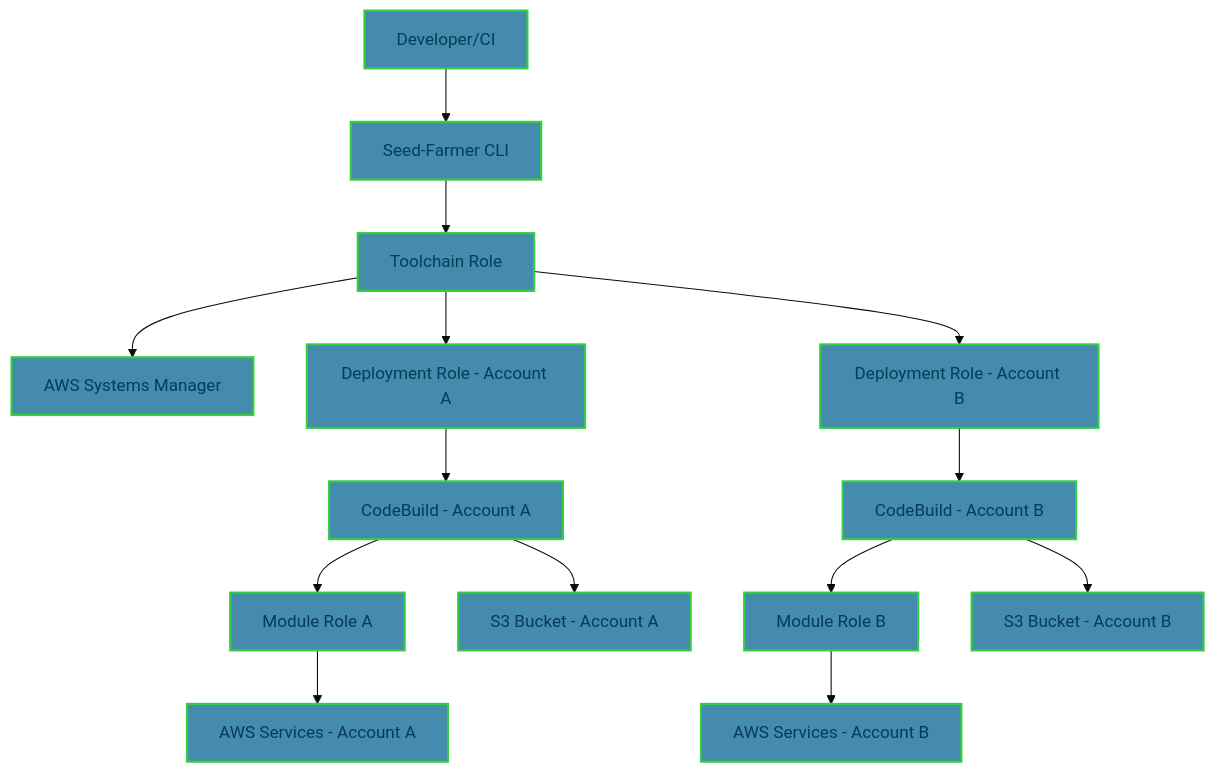
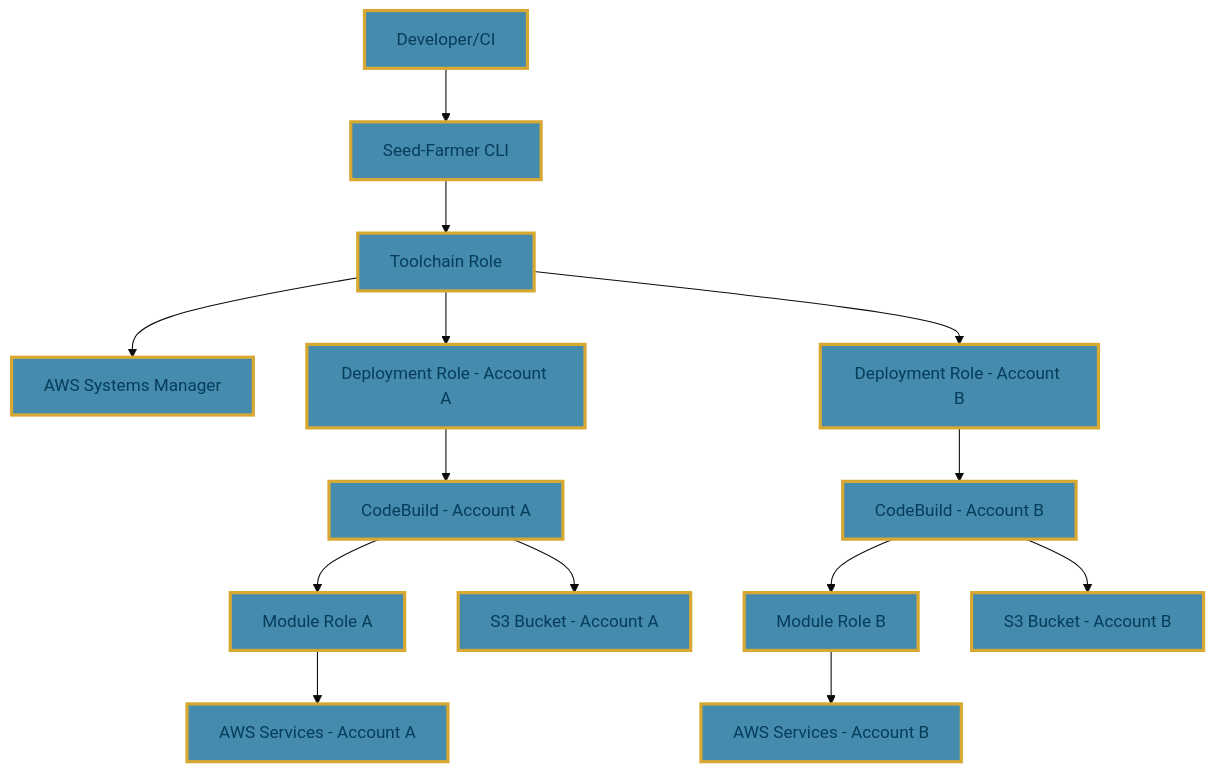
Before and after one commit to dgraeber/seed-farmer: the first of 3 diagrams in docs_v2/docs/concepts/architecture.md, drawn with Mermaid (base theme). The commit also changed other lines of this file, not shown here.

````diff
--- a/docs_v2/docs/concepts/architecture.md
+++ b/docs_v2/docs/concepts/architecture.md
@@ -19,27 +19,27 @@
 ```mermaid
 graph TB
     User[Developer/CI] --> CLI[Seed-Farmer CLI]
     CLI --> TR[Toolchain Role]
     TR --> SSM[AWS Systems Manager]
     TR --> DR1[Deployment Role - Account A]
     TR --> DR2[Deployment Role - Account B]
 
     DR1 --> CB1[CodeBuild - Account A]
     DR2 --> CB2[CodeBuild - Account B]
 
     CB1 --> MR1[Module Role A]
     CB2 --> MR2[Module Role B]
 
     MR1 --> AWS1[AWS Services - Account A]
     MR2 --> AWS2[AWS Services - Account B]
 
     CB1 --> S3_1[S3 Bucket - Account A]
     CB2 --> S3_2[S3 Bucket - Account B]
 
     %% Global style: Same fill, stroke, text color
-    classDef uniform fill:#448bae,stroke:#33cf3e,stroke-width:2px,color:#063d59;
+    classDef uniform fill:#448bae,stroke:#d8a932,stroke-width:3px,color:#063d59;
 
     %% Apply the style to all nodes
     class User,CLI,TR,SSM,DR1,DR2,CB1,CB2,MR1,MR2,AWS1,AWS2,S3_1,S3_2 uniform;
 
 ```
````
